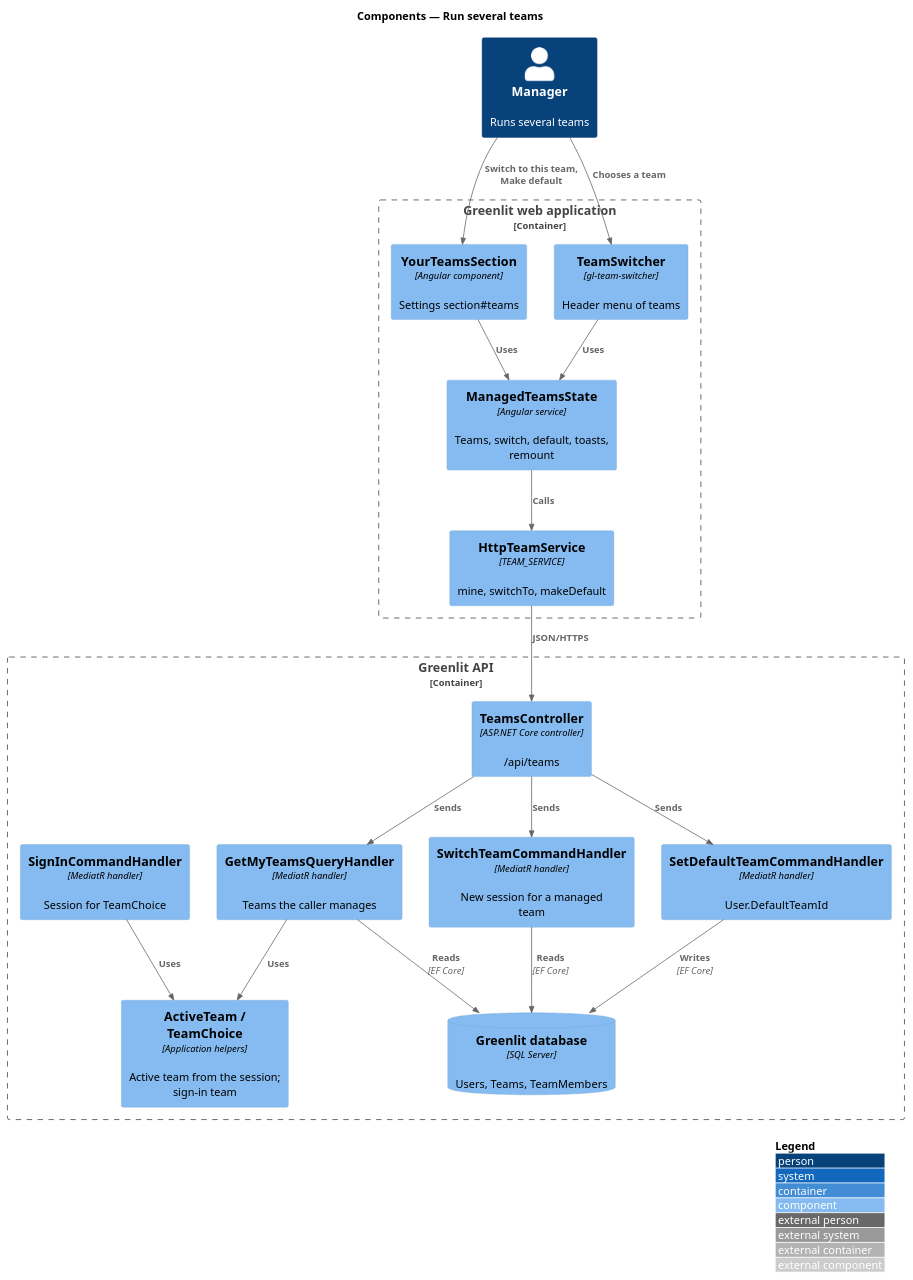
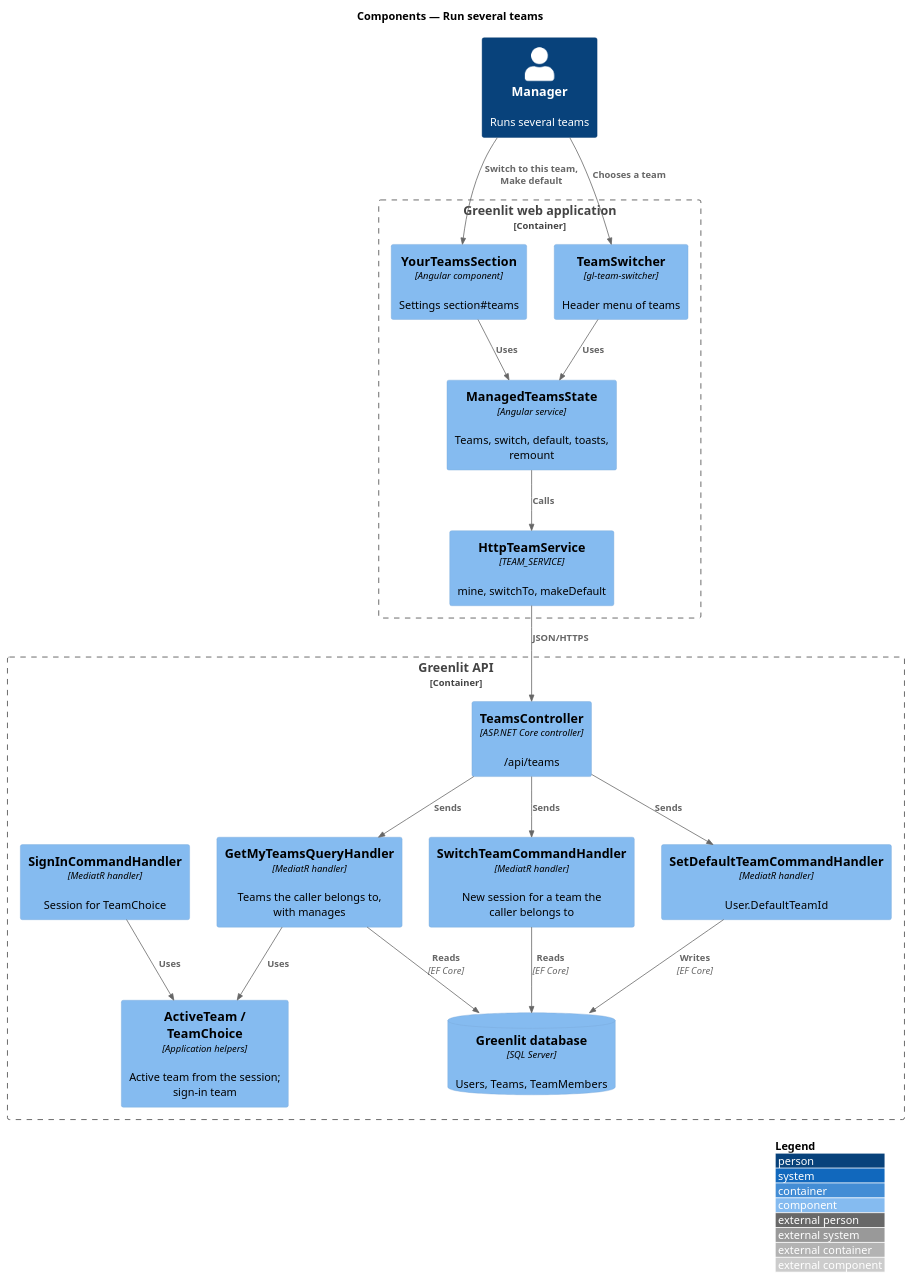
One commit to QuinntyneBrown/greenlit changed the diagram in docs/detailed-designs/teams/switch-team/diagrams/c4-component.puml. Above: the diagram before and after it, drawn with PlantUML. The commit also changed 43 other files, not shown here.

```diff
--- a/docs/detailed-designs/teams/switch-team/diagrams/c4-component.puml
+++ b/docs/detailed-designs/teams/switch-team/diagrams/c4-component.puml
@@ -1,37 +1,37 @@
 @startuml
 !include <C4/C4_Component>
 LAYOUT_WITH_LEGEND()
 title Components — Run several teams
 
 Person(manager, "Manager", "Runs several teams")
 Container_Boundary(spa_b, "Greenlit web application") {
   Component(section, "YourTeamsSection", "Angular component", "Settings section#teams")
   Component(switcher, "TeamSwitcher", "gl-team-switcher", "Header menu of teams")
   Component(state, "ManagedTeamsState", "Angular service", "Teams, switch, default, toasts, remount")
   Component(client, "HttpTeamService", "TEAM_SERVICE", "mine, switchTo, makeDefault")
 }
 Container_Boundary(api_b, "Greenlit API") {
   Component(ctrl, "TeamsController", "ASP.NET Core controller", "/api/teams")
-  Component(mine, "GetMyTeamsQueryHandler", "MediatR handler", "Teams the caller manages")
-  Component(sw, "SwitchTeamCommandHandler", "MediatR handler", "New session for a managed team")
+  Component(mine, "GetMyTeamsQueryHandler", "MediatR handler", "Teams the caller belongs to, with manages")
+  Component(sw, "SwitchTeamCommandHandler", "MediatR handler", "New session for a team the caller belongs to")
   Component(def, "SetDefaultTeamCommandHandler", "MediatR handler", "User.DefaultTeamId")
   Component(signin, "SignInCommandHandler", "MediatR handler", "Session for TeamChoice")
   Component(active, "ActiveTeam / TeamChoice", "Application helpers", "Active team from the session; sign-in team")
   ComponentDb(db, "Greenlit database", "SQL Server", "Users, Teams, TeamMembers")
 }
 
 Rel(manager, section, "Switch to this team, Make default")
 Rel(manager, switcher, "Chooses a team")
 Rel(section, state, "Uses")
 Rel(switcher, state, "Uses")
 Rel(state, client, "Calls")
 Rel(client, ctrl, "JSON/HTTPS")
 Rel(ctrl, mine, "Sends")
 Rel(ctrl, sw, "Sends")
 Rel(ctrl, def, "Sends")
 Rel(signin, active, "Uses")
 Rel(mine, active, "Uses")
 Rel(mine, db, "Reads", "EF Core")
 Rel(sw, db, "Reads", "EF Core")
 Rel(def, db, "Writes", "EF Core")
 @enduml
```
